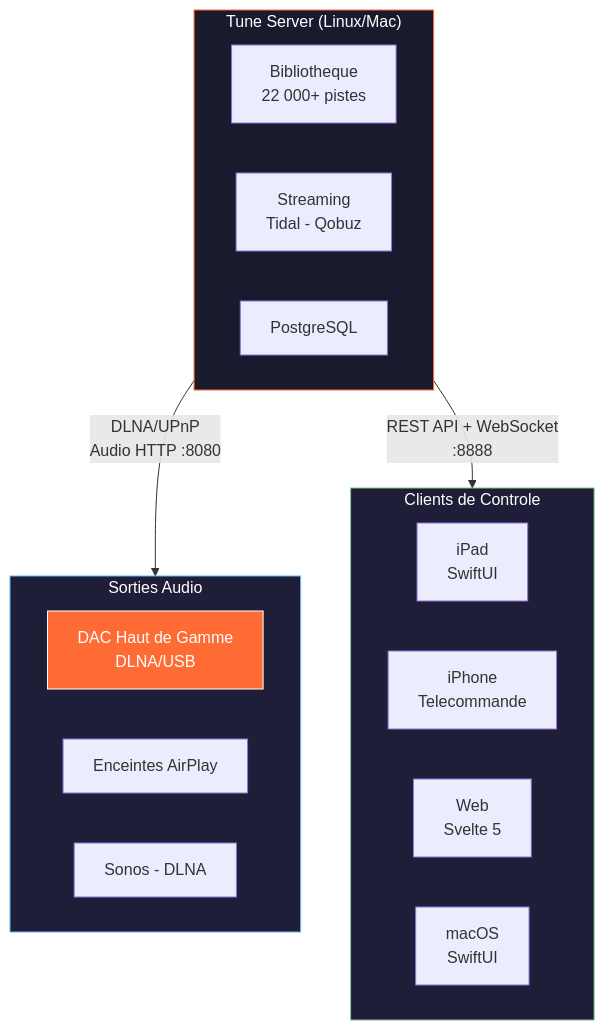
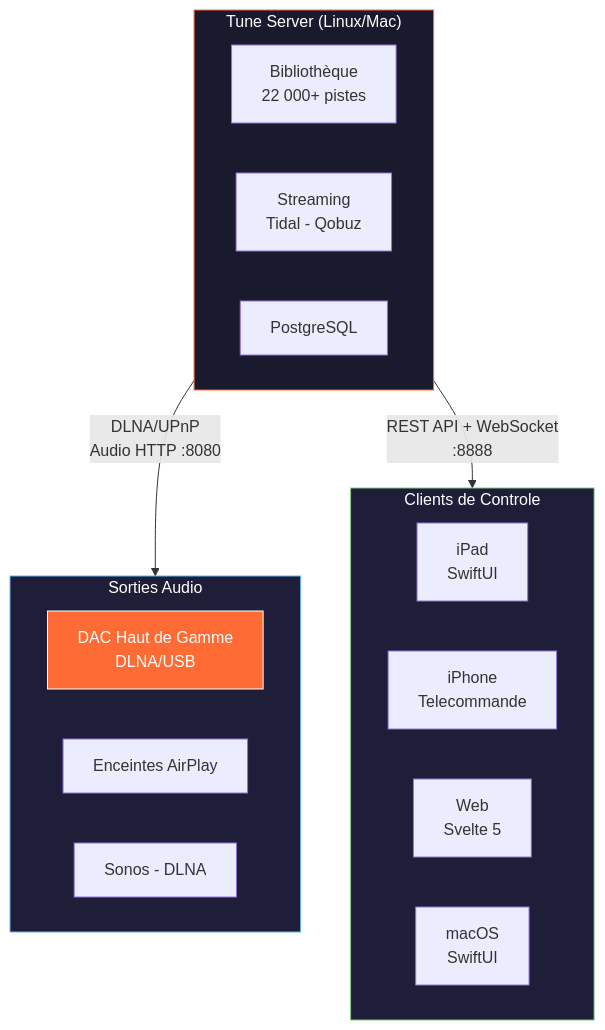
Before and after one commit to renesenses/tune-server-linux: the eighth of 9 diagrams in docs/tune-technical-presentation-amouroux-v2.md, drawn with Mermaid. The commit also changed other lines of this file, not shown here.

````diff
--- a/docs/tune-technical-presentation-amouroux-v2.md
+++ b/docs/tune-technical-presentation-amouroux-v2.md
@@ -277,29 +277,29 @@
 ```mermaid
 graph TD
     subgraph Server["Tune Server (Linux/Mac)"]
-        LIB["Bibliotheque<br/>22 000+ pistes"]
+        LIB["Bibliothèque<br/>22 000+ pistes"]
         STR["Streaming<br/>Tidal - Qobuz"]
         DB["PostgreSQL"]
     end
 
     subgraph Outputs["Sorties Audio"]
         TOT["DAC Haut de Gamme<br/>DLNA/USB"]
         AIR["Enceintes AirPlay"]
         SON["Sonos - DLNA"]
     end
 
     subgraph Clients["Clients de Controle"]
         IPAD["iPad<br/>SwiftUI"]
         IPHONE["iPhone<br/>Telecommande"]
         WEB["Web<br/>Svelte 5"]
         MAC["macOS<br/>SwiftUI"]
     end
 
     Server -->|"DLNA/UPnP<br/>Audio HTTP :8080"| Outputs
     Server -->|"REST API + WebSocket<br/>:8888"| Clients
 
     style Server fill:#1a1a2e,stroke:#ff6b35,color:#fff
     style Outputs fill:#1e1e38,stroke:#64b5f6,color:#fff
     style Clients fill:#1e1e38,stroke:#81c784,color:#fff
     style TOT fill:#ff6b35,stroke:#fff,color:#fff
 ```
````
